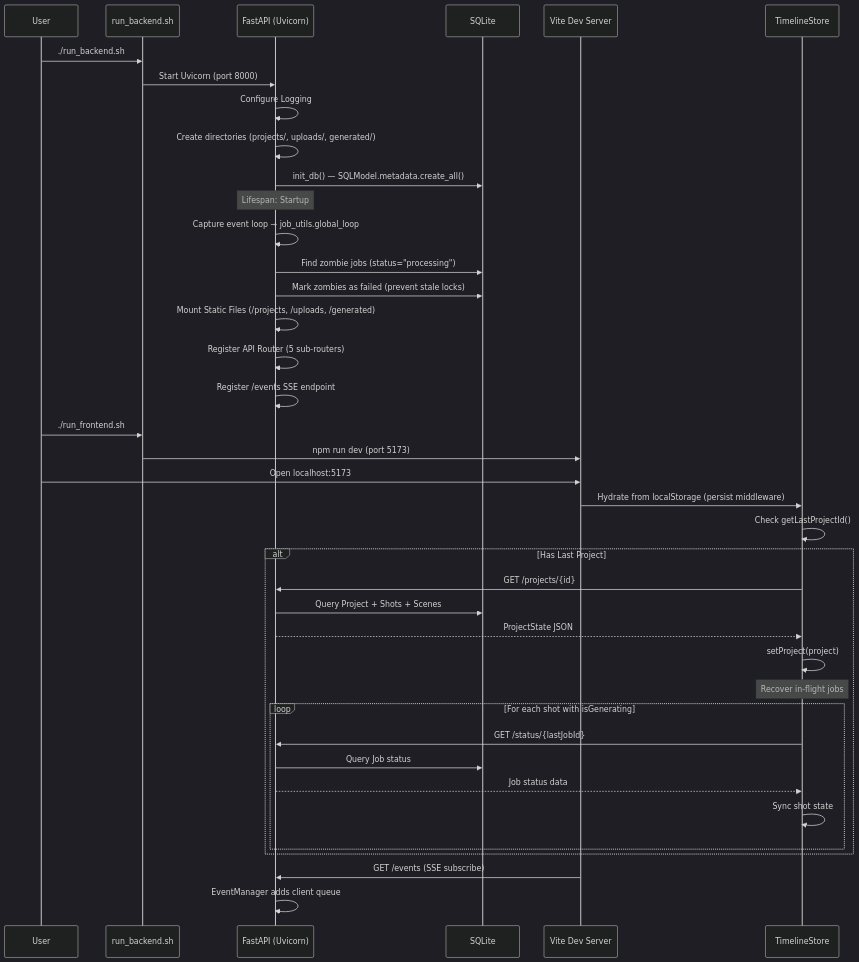
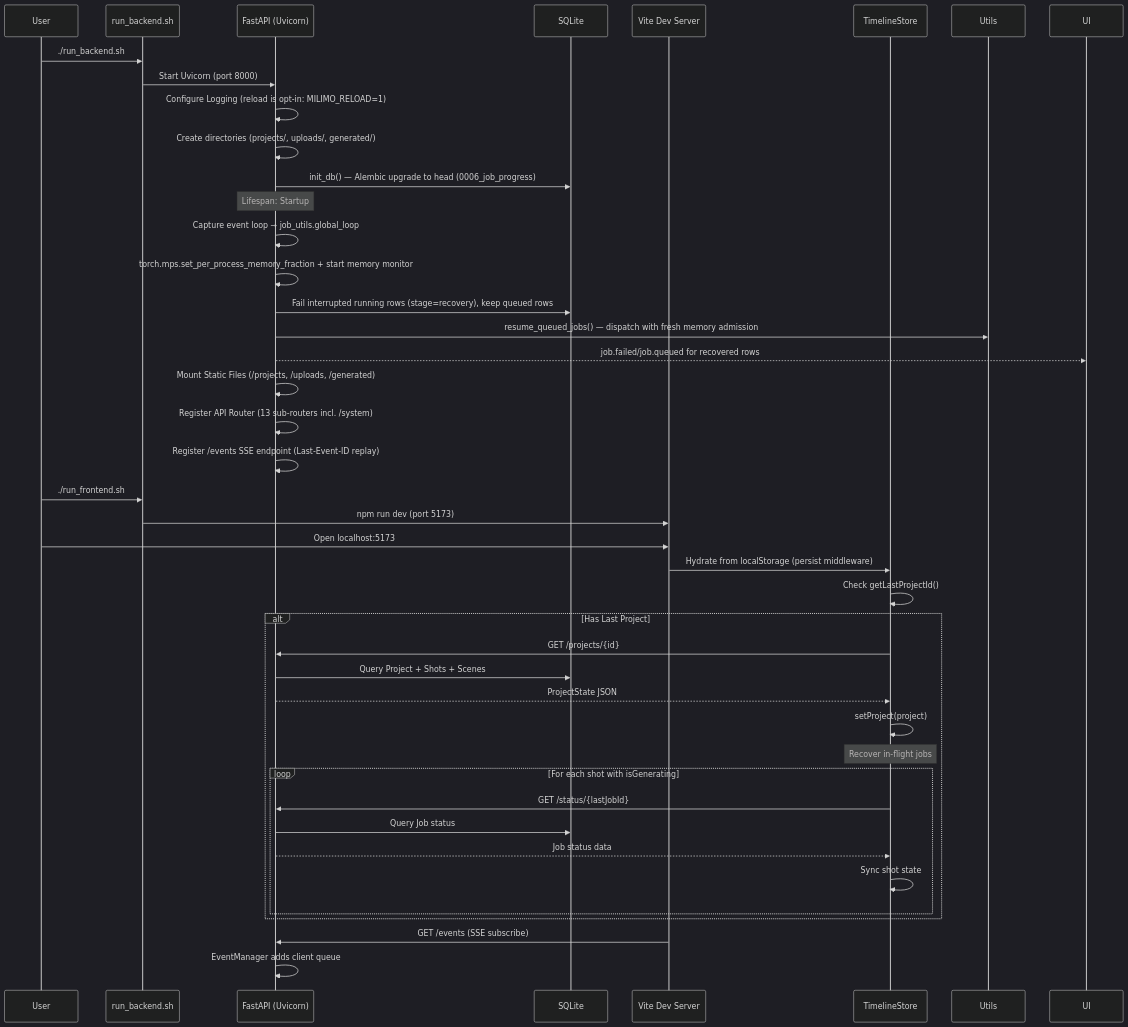
The fifth of 11 diagrams in docs/05_execution_flow.md (mainza-ai/milimovideo), drawn with Mermaid (dark theme) before and after one commit. The commit also changed other lines of this file and 26 other files, not shown here.

First line of the commit message:
docs: sync README, wiki, and technical docs with the memory/event plane

````diff
--- a/docs/05_execution_flow.md
+++ b/docs/05_execution_flow.md
@@ -248,50 +259,52 @@
 ```mermaid
 sequenceDiagram
     participant User
     participant Script as run_backend.sh
     participant API as FastAPI (Uvicorn)
     participant DB as SQLite
     participant React as Vite Dev Server
     participant Store as TimelineStore
 
     User->>Script: ./run_backend.sh
     Script->>API: Start Uvicorn (port 8000)
     
-    API->>API: Configure Logging
+    API->>API: Configure Logging (reload is opt-in: MILIMO_RELOAD=1)
     API->>API: Create directories (projects/, uploads/, generated/)
-    API->>DB: init_db() — SQLModel.metadata.create_all()
+    API->>DB: init_db() — Alembic upgrade to head (0006_job_progress)
     
     Note over API: Lifespan: Startup
     API->>API: Capture event loop → job_utils.global_loop
-    API->>DB: Find zombie jobs (status="processing")
-    API->>DB: Mark zombies as failed (prevent stale locks)
+    API->>API: torch.mps.set_per_process_memory_fraction + start memory monitor
+    API->>DB: Fail interrupted running rows (stage=recovery), keep queued rows
+    API->>Utils: resume_queued_jobs() — dispatch with fresh memory admission
+    API-->>UI: job.failed/job.queued for recovered rows
     
     API->>API: Mount Static Files (/projects, /uploads, /generated)
-    API->>API: Register API Router (5 sub-routers)
-    API->>API: Register /events SSE endpoint
+    API->>API: Register API Router (13 sub-routers incl. /system)
+    API->>API: Register /events SSE endpoint (Last-Event-ID replay)
 
     User->>Script: ./run_frontend.sh
     Script->>React: npm run dev (port 5173)
 
     User->>React: Open localhost:5173
     React->>Store: Hydrate from localStorage (persist middleware)
     Store->>Store: Check getLastProjectId()
     
     alt Has Last Project
         Store->>API: GET /projects/{id}
         API->>DB: Query Project + Shots + Scenes
         API-->>Store: ProjectState JSON
         Store->>Store: setProject(project)
         
         Note over Store: Recover in-flight jobs
         loop For each shot with isGenerating
             Store->>API: GET /status/{lastJobId}
             API->>DB: Query Job status
             API-->>Store: Job status data
             Store->>Store: Sync shot state
         end
     end
 
     React->>API: GET /events (SSE subscribe)
     API->>API: EventManager adds client queue
 ```
````
